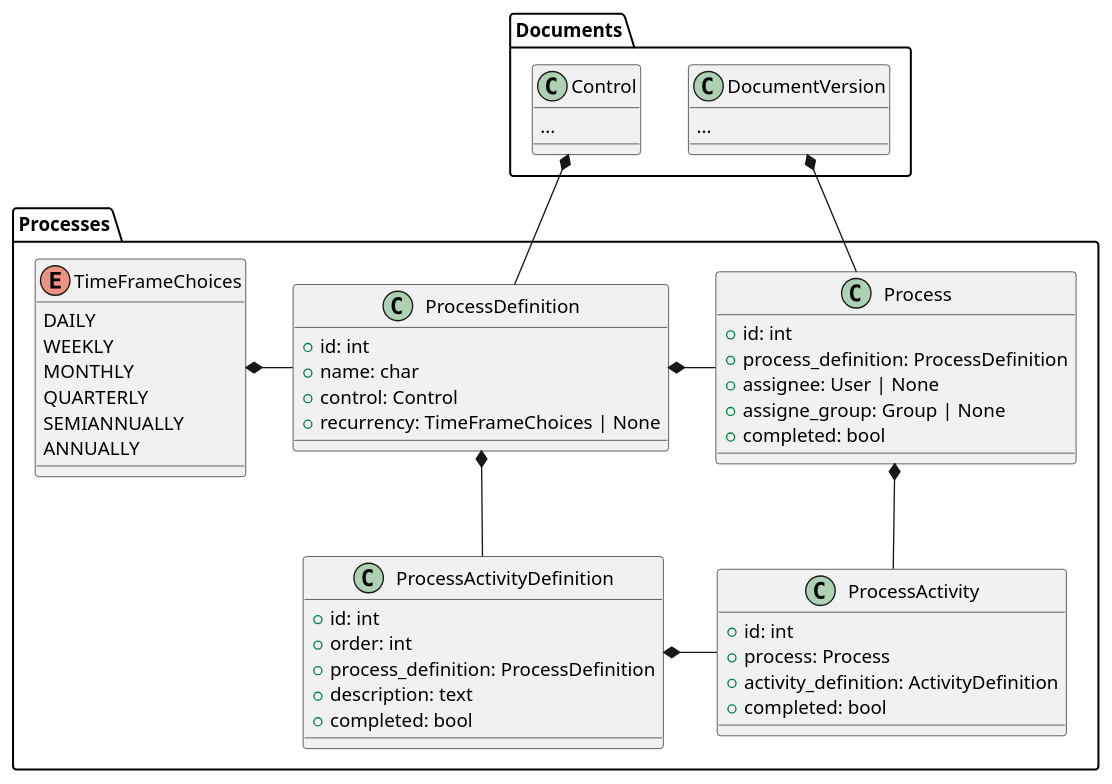
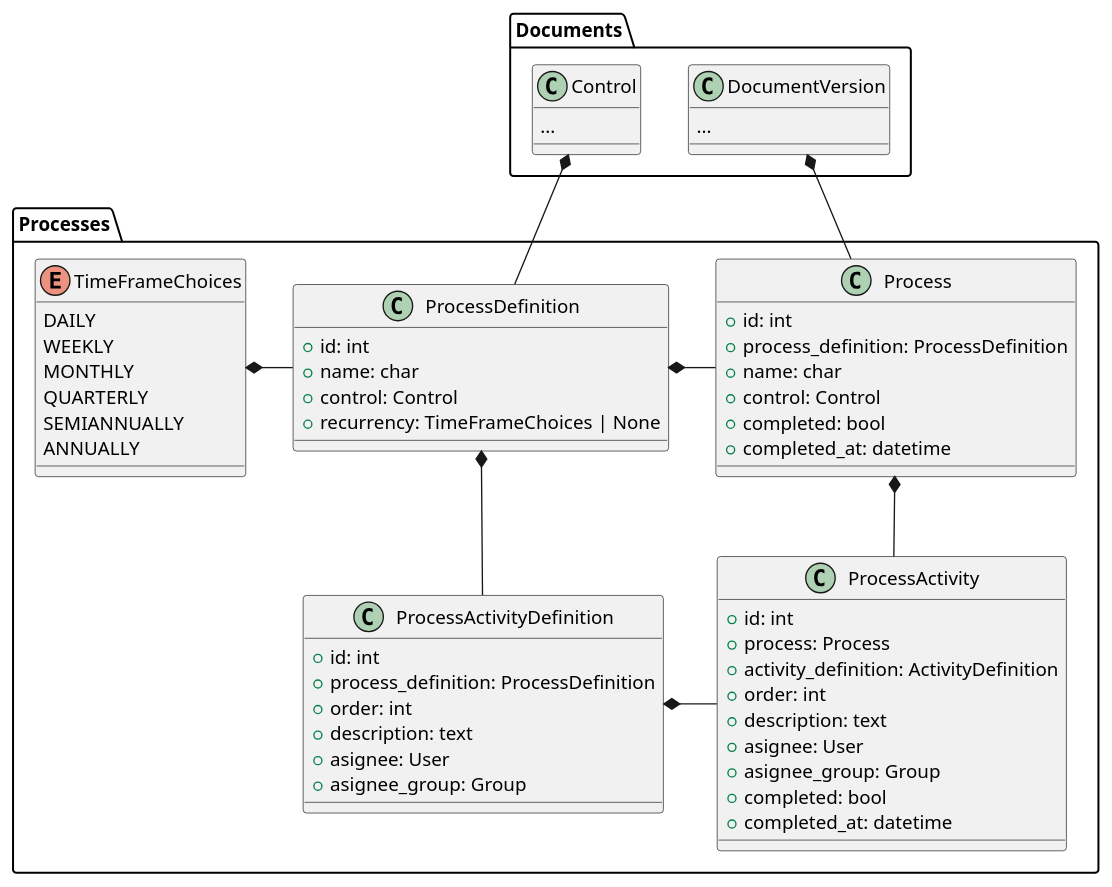
The fourth of 4 diagrams in docs/rfc/InitialModellingRFC.md (Gabo-araya/sgsi_ext), drawn with PlantUML before and after one commit. The commit also changed other lines of this file and 10 other files, not shown here.

````diff
--- a/docs/rfc/InitialModellingRFC.md
+++ b/docs/rfc/InitialModellingRFC.md
@@ -186,55 +187,62 @@
 ```plantuml
 package Processes {
     class ProcessDefinition {
         + id: int
         + name: char
         + control: Control
         + recurrency: TimeFrameChoices | None
     }
     class Process {
         + id: int
         + process_definition: ProcessDefinition
-        + assignee: User | None
-        + assigne_group: Group | None
+        + name: char
+        + control: Control
         + completed: bool
+        + completed_at: datetime
     }
     class ProcessActivityDefinition {
         + id: int
+        + process_definition: ProcessDefinition
         + order: int
-        + process_definition: ProcessDefinition
         + description: text
-        + completed: bool
+        + asignee: User
+        + asignee_group: Group
     }
     class ProcessActivity {
         + id: int
         + process: Process
         + activity_definition: ActivityDefinition
+        + order: int
+        + description: text
+        + asignee: User
+        + asignee_group: Group
         + completed: bool
+        + completed_at: datetime
     }
     enum TimeFrameChoices {
         DAILY
         WEEKLY
         MONTHLY
         QUARTERLY
         SEMIANNUALLY
         ANNUALLY
     }
 }
 
 class Documents.Control {
     ...
 }
 
 class Documents.DocumentVersion {
     ...
 }
 
 
 Processes.ProcessDefinition -up-* Documents.Control
 Processes.ProcessDefinition -left* Processes.TimeFrameChoices
 Processes.Process -up-* Documents.DocumentVersion
 Processes.Process -left* Processes.ProcessDefinition
 Processes.ProcessActivityDefinition --* Processes.ProcessDefinition
 Processes.ProcessActivity -* Processes.ProcessActivityDefinition
 Processes.ProcessActivity -up-* Processes.Process
 ```
````
